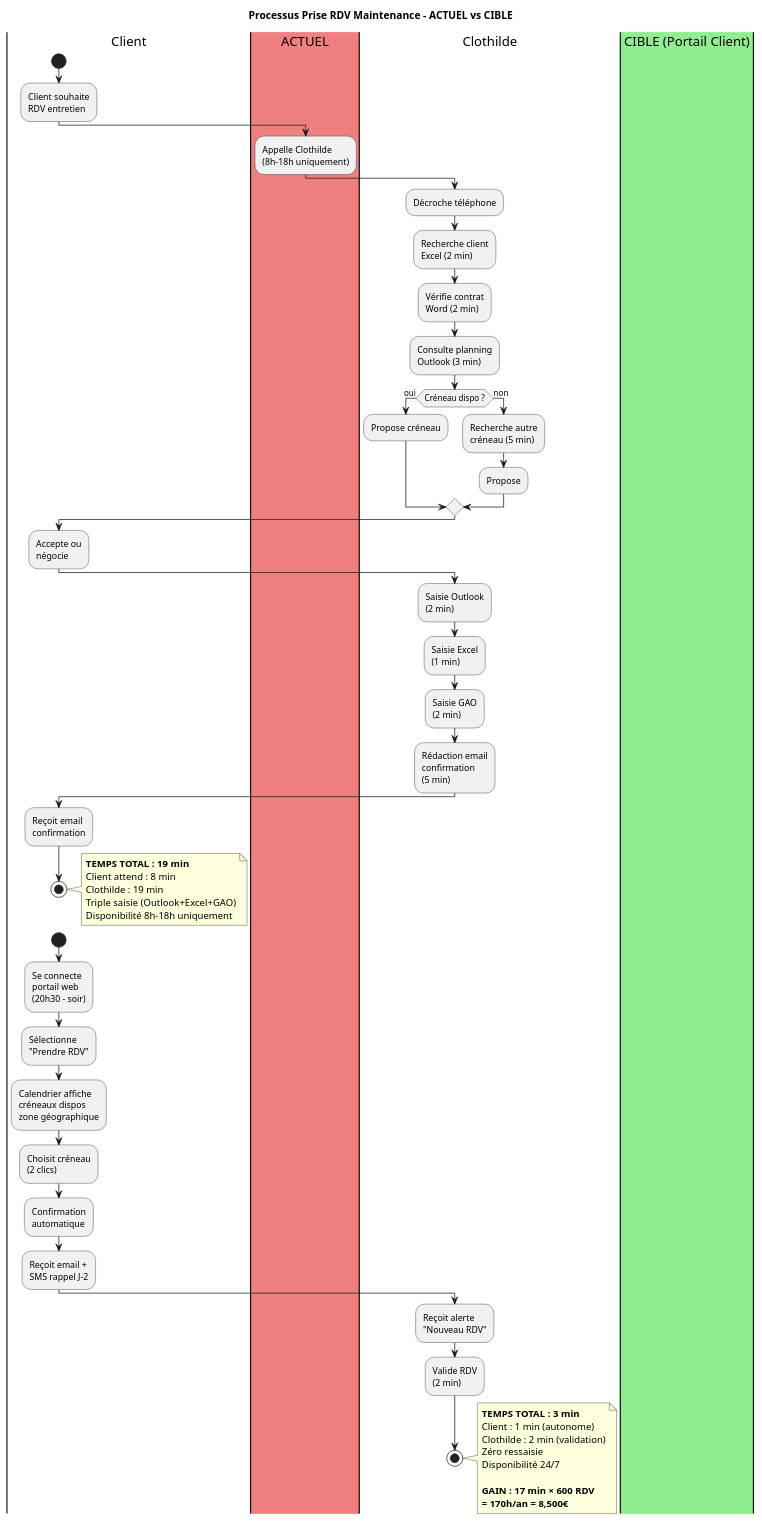
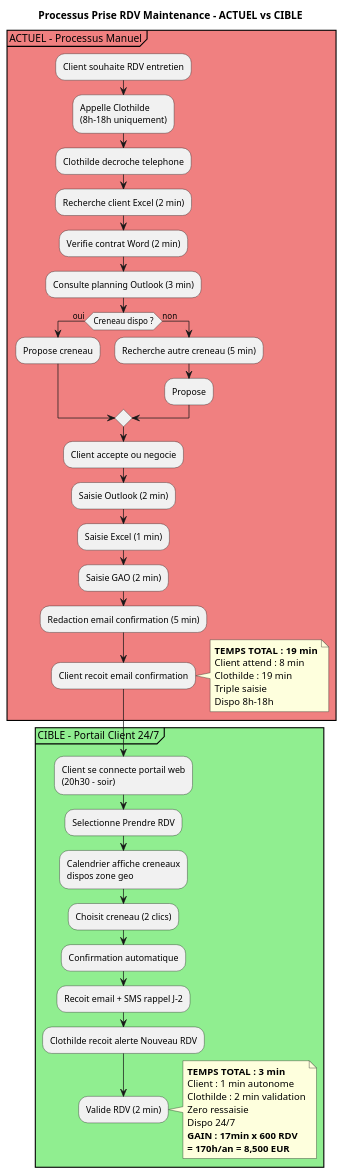
One commit to JordanSerafini/Audit_Duret changed the diagram in Maintenance-Technique/uml/02_activity_prise_rdv.puml. Above: the diagram before and after it, drawn with PlantUML. The commit also changed 2 other files, not shown here.

```diff
--- a/Maintenance-Technique/uml/02_activity_prise_rdv.puml
+++ b/Maintenance-Technique/uml/02_activity_prise_rdv.puml
@@ -1,80 +1,57 @@
 @startuml Activity_Prise_RDV
 
 title Processus Prise RDV Maintenance - ACTUEL vs CIBLE
 
-|Client|
-start
-:Client souhaite\nRDV entretien;
+partition "ACTUEL - Processus Manuel" #LightCoral {
+  :Client souhaite RDV entretien;
+  :Appelle Clothilde\n(8h-18h uniquement);
+  :Clothilde decroche telephone;
+  :Recherche client Excel (2 min);
+  :Verifie contrat Word (2 min);
+  :Consulte planning Outlook (3 min);
 
-|#LightCoral|ACTUEL|
-:Appelle Clothilde\n(8h-18h uniquement);
+  if (Creneau dispo ?) then (oui)
+    :Propose creneau;
+  else (non)
+    :Recherche autre creneau (5 min);
+    :Propose;
+  endif
 
-|Clothilde|
-:Décroche téléphone;
-:Recherche client\nExcel (2 min);
-:Vérifie contrat\nWord (2 min);
-:Consulte planning\nOutlook (3 min);
+  :Client accepte ou negocie;
+  :Saisie Outlook (2 min);
+  :Saisie Excel (1 min);
+  :Saisie GAO (2 min);
+  :Redaction email confirmation (5 min);
+  :Client recoit email confirmation;
 
-if (Créneau dispo ?) then (oui)
-  :Propose créneau;
-else (non)
-  :Recherche autre\ncréneau (5 min);
-  :Propose;
-endif
+  note right
+    **TEMPS TOTAL : 19 min**
+    Client attend : 8 min
+    Clothilde : 19 min
+    Triple saisie
+    Dispo 8h-18h
+  end note
+}
 
-|Client|
-:Accepte ou\nnégocie;
+partition "CIBLE - Portail Client 24/7" #LightGreen {
+  :Client se connecte portail web\n(20h30 - soir);
+  :Selectionne Prendre RDV;
+  :Calendrier affiche creneaux\ndispos zone geo;
+  :Choisit creneau (2 clics);
+  :Confirmation automatique;
+  :Recoit email + SMS rappel J-2;
+  :Clothilde recoit alerte Nouveau RDV;
+  :Valide RDV (2 min);
 
-|Clothilde|
-:Saisie Outlook\n(2 min);
-:Saisie Excel\n(1 min);
-:Saisie GAO\n(2 min);
-:Rédaction email\nconfirmation\n(5 min);
-
-|Client|
-:Reçoit email\nconfirmation;
-
-stop
-
-note right
-**TEMPS TOTAL : 19 min**
-Client attend : 8 min
-Clothilde : 19 min
-Triple saisie (Outlook+Excel+GAO)
-Disponibilité 8h-18h uniquement
-end note
-
-|#LightGreen|CIBLE (Portail Client)|
-|Client|
-start
-:Se connecte\nportail web\n(20h30 - soir);
-
-:Sélectionne\n"Prendre RDV";
-
-:Calendrier affiche\ncréneaux dispos\nzone géographique;
-
-:Choisit créneau\n(2 clics);
-
-:Confirmation\nautomatique;
-
-:Reçoit email +\nSMS rappel J-2;
-
-|Clothilde|
-:Reçoit alerte\n"Nouveau RDV";
-
-:Valide RDV\n(2 min);
-
-stop
-
-note right
-**TEMPS TOTAL : 3 min**
-Client : 1 min (autonome)
-Clothilde : 2 min (validation)
-Zéro ressaisie
-Disponibilité 24/7
-
-**GAIN : 17 min × 600 RDV**
-**= 170h/an = 8,500€**
-end note
+  note right
+    **TEMPS TOTAL : 3 min**
+    Client : 1 min autonome
+    Clothilde : 2 min validation
+    Zero ressaisie
+    Dispo 24/7
+    **GAIN : 17min x 600 RDV**
+    **= 170h/an = 8,500 EUR**
+  end note
+}
 
 @enduml
```
